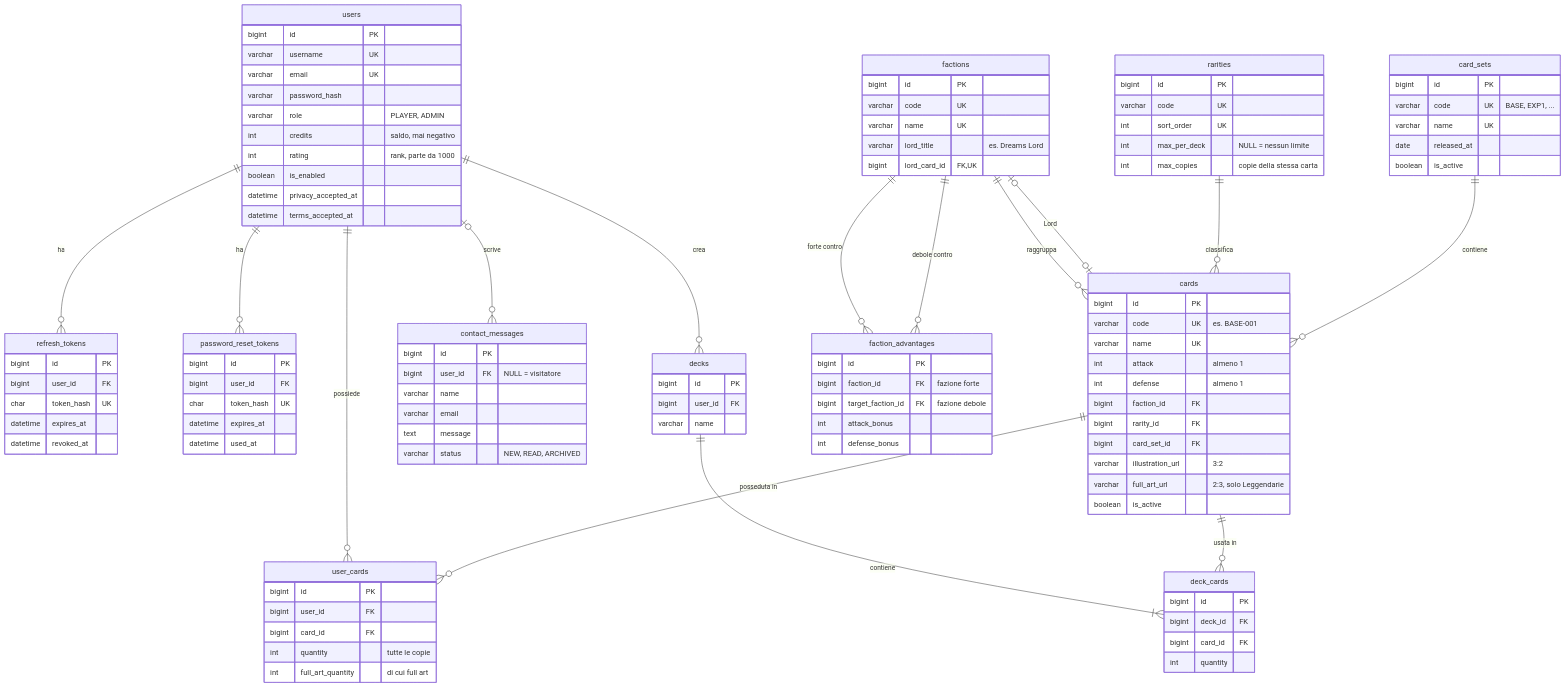
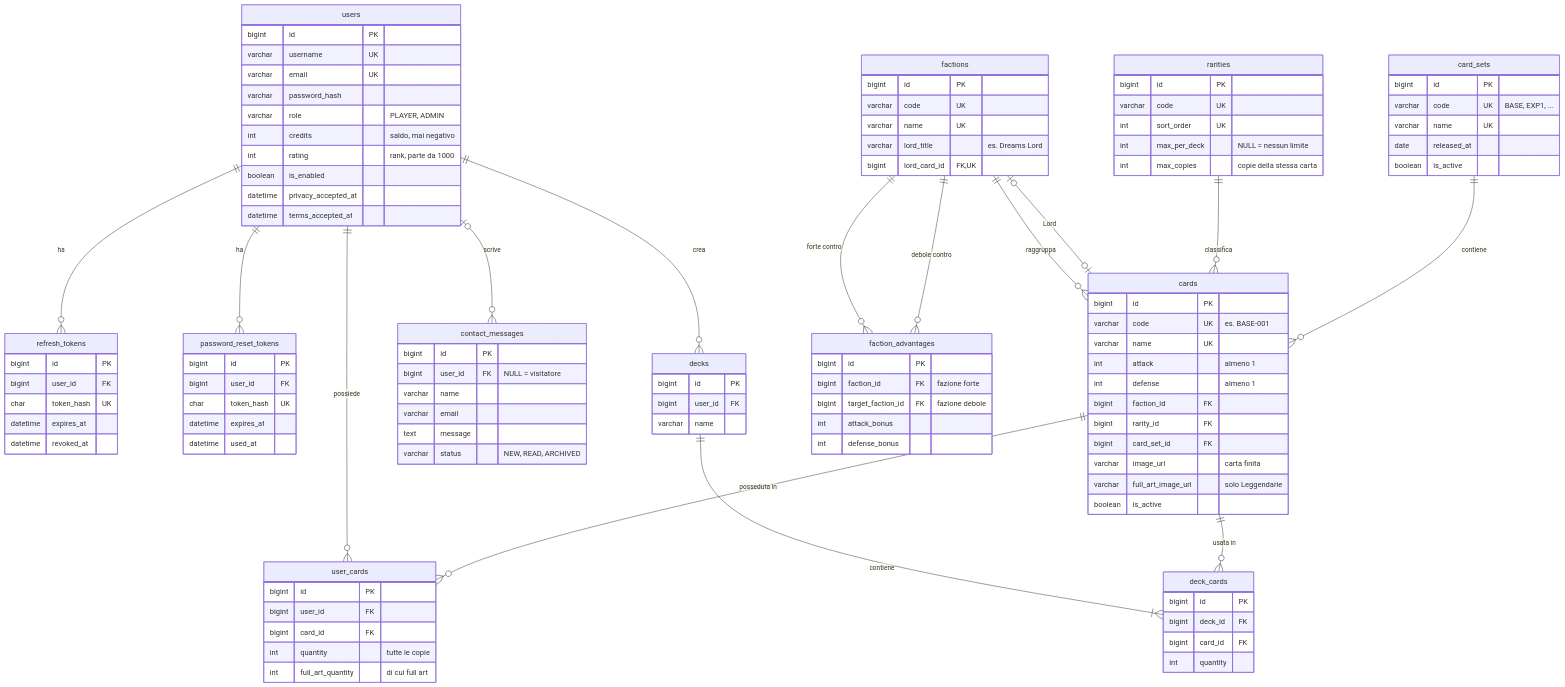
The first of 4 diagrams in docs/database/schema.md (cristianpappalardoITS/LaboratorioIntegrato-Divine), drawn with Mermaid before and after one commit. The commit also changed other lines of this file and 1 other file, not shown here.

Commit message:
docs(database): salva l'immagine della carta finita

```diff
--- a/docs/database/schema.md
+++ b/docs/database/schema.md
@@ -150,8 +150,8 @@
         bigint faction_id FK
         bigint rarity_id FK
         bigint card_set_id FK
-        varchar illustration_url "3:2"
-        varchar full_art_url "2:3, solo Leggendarie"
+        varchar image_url "carta finita"
+        varchar full_art_image_url "solo Leggendarie"
         boolean is_active
     }
     user_cards {
```
